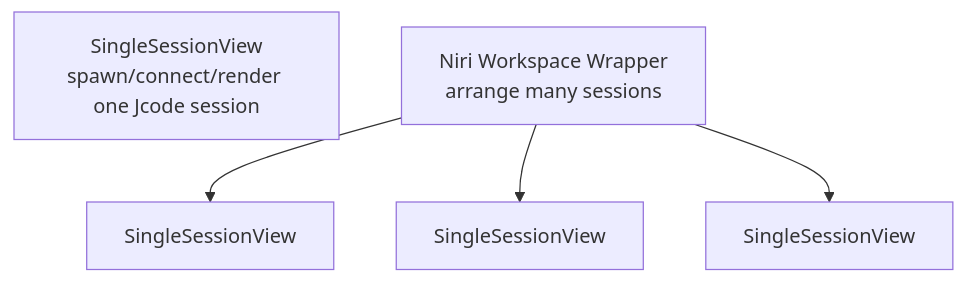
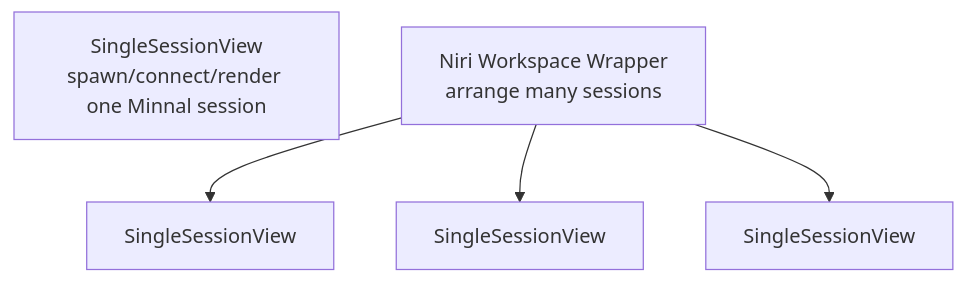
The diagram in docs/DESKTOP_SINGLE_SESSION_DESIGN.md (iamrohithrnair/minnal), drawn with Mermaid before and after one commit. The commit also changed other lines of this file and 918 other files, not shown here.

````diff
--- a/docs/DESKTOP_SINGLE_SESSION_DESIGN.md
+++ b/docs/DESKTOP_SINGLE_SESSION_DESIGN.md
@@ -9,12 +9,12 @@
 ```mermaid
 flowchart TD
-    SingleSession[SingleSessionView\nspawn/connect/render one Jcode session]
+    SingleSession[SingleSessionView\nspawn/connect/render one Minnal session]
     Workspace[Niri Workspace Wrapper\narrange many sessions]
     SessionA[SingleSessionView]
     SessionB[SingleSessionView]
     SessionC[SingleSessionView]
 
     Workspace --> SessionA
     Workspace --> SessionB
     Workspace --> SessionC
 ```
````
